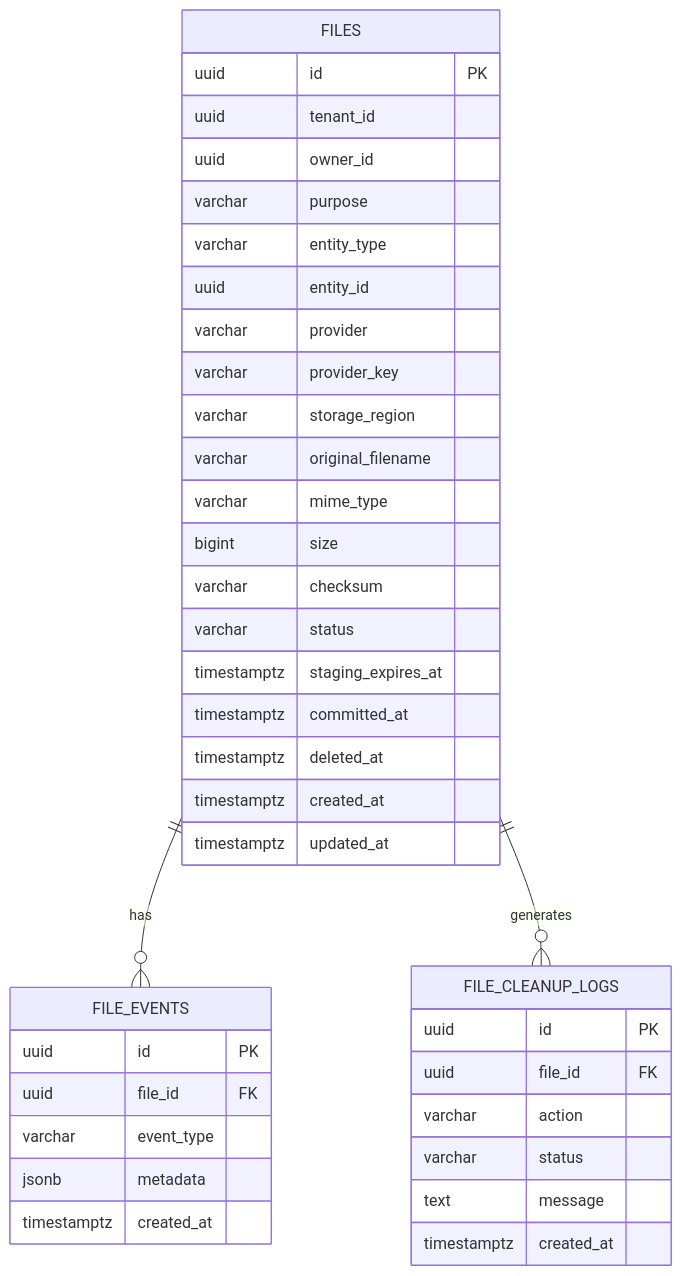
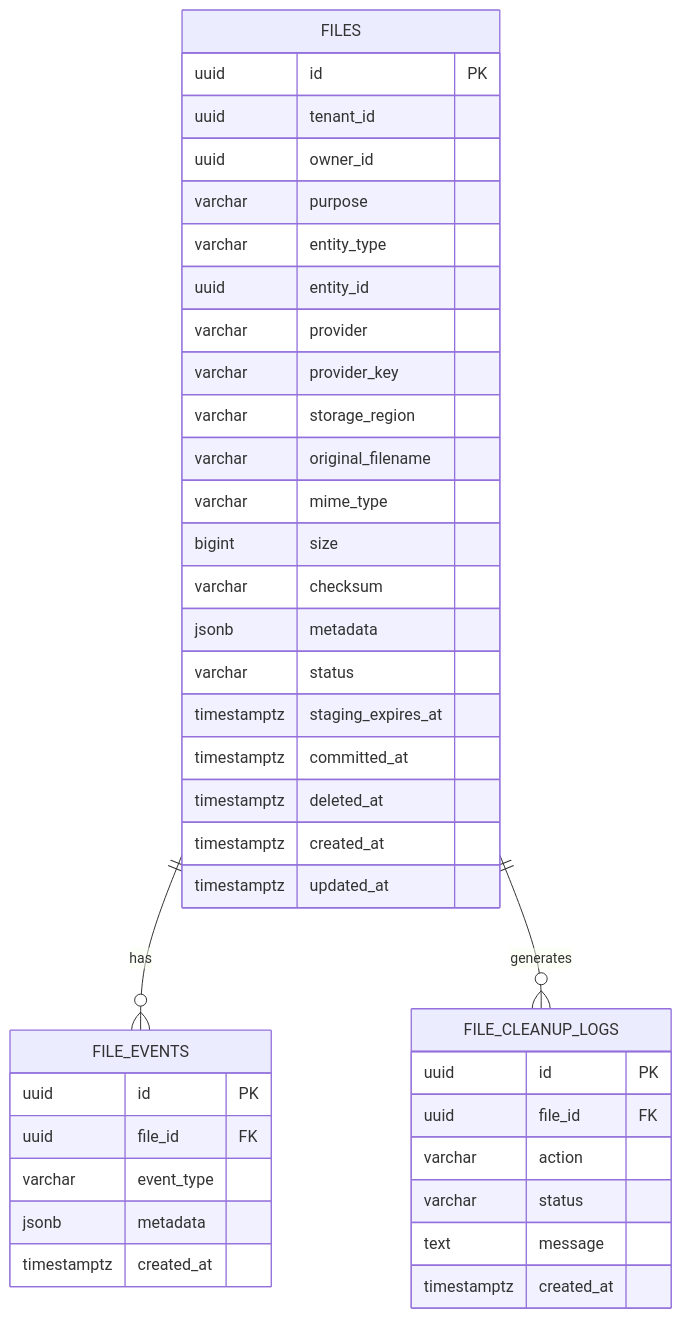
One commit to nassar350/File-Service changed the diagram in docs/Schema/Schema.mmd. Above: the diagram before and after it, drawn with Mermaid.

Commit message:
add metadata field to FILES entity in schema

```diff
--- a/docs/Schema/Schema.mmd
+++ b/docs/Schema/Schema.mmd
@@ -1,56 +1,57 @@
 erDiagram
 
     FILES {
         uuid id PK
 
         uuid tenant_id
         uuid owner_id
 
         varchar purpose
         varchar entity_type
         uuid entity_id
 
         varchar provider
         varchar provider_key
         varchar storage_region
 
         varchar original_filename
         varchar mime_type
 
         bigint size
         varchar checksum
+        jsonb metadata
 
         varchar status
 
         timestamptz staging_expires_at
         timestamptz committed_at
         timestamptz deleted_at
 
         timestamptz created_at
         timestamptz updated_at
     }
 
     FILE_EVENTS {
         uuid id PK
         uuid file_id FK
 
         varchar event_type
         jsonb metadata
 
         timestamptz created_at
     }
 
     FILE_CLEANUP_LOGS {
         uuid id PK
         uuid file_id FK
 
         varchar action
         varchar status
 
         text message
 
         timestamptz created_at
     }
 
     FILES ||--o{ FILE_EVENTS : has
     FILES ||--o{ FILE_CLEANUP_LOGS : generates
```
